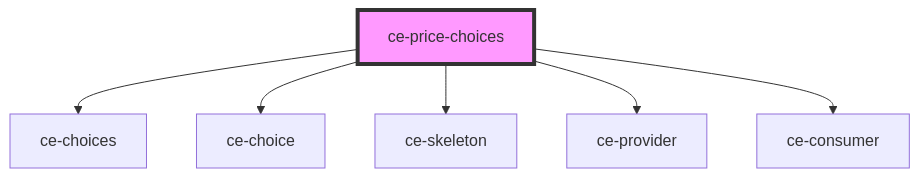
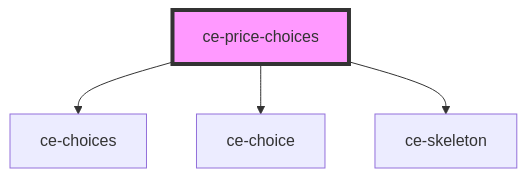
Before and after one commit to surecart/surecart-wp-plugin: the diagram in packages/components/docs/components/controllers/price-chooser/readme.md, drawn with Mermaid. The commit also changed other lines of this file and 9 other files, not shown here.

````diff
--- a/packages/components/docs/components/controllers/price-chooser/readme.md
+++ b/packages/components/docs/components/controllers/price-chooser/readme.md
@@ -32,9 +37,7 @@
 ```mermaid
 graph TD;
   ce-price-choices --> ce-choices
   ce-price-choices --> ce-choice
   ce-price-choices --> ce-skeleton
-  ce-price-choices --> ce-provider
-  ce-price-choices --> ce-consumer
   style ce-price-choices fill:#f9f,stroke:#333,stroke-width:4px
 ```
````
